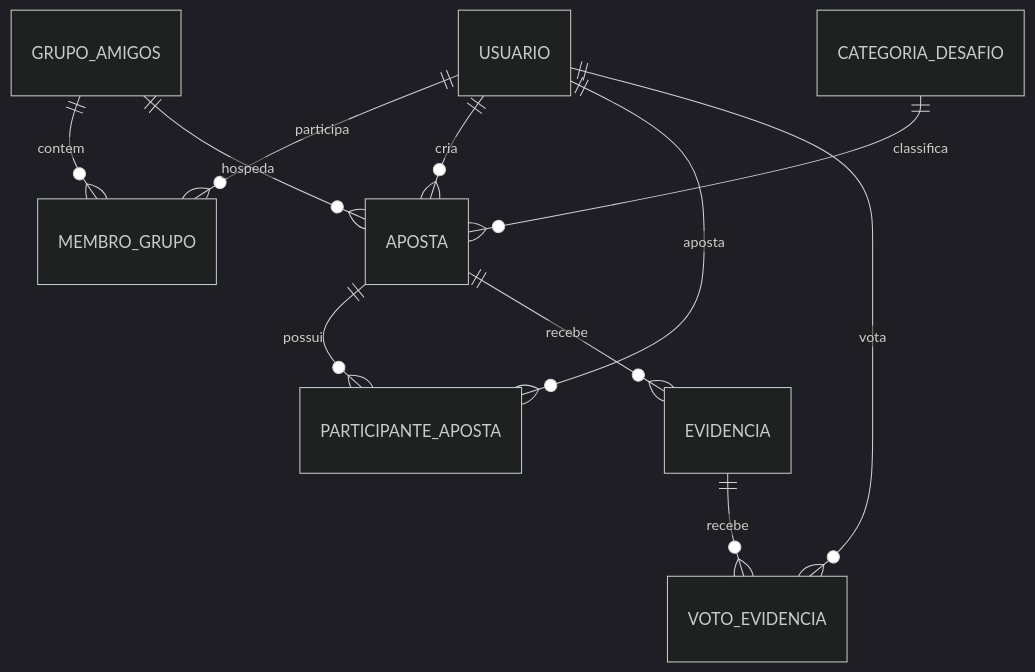
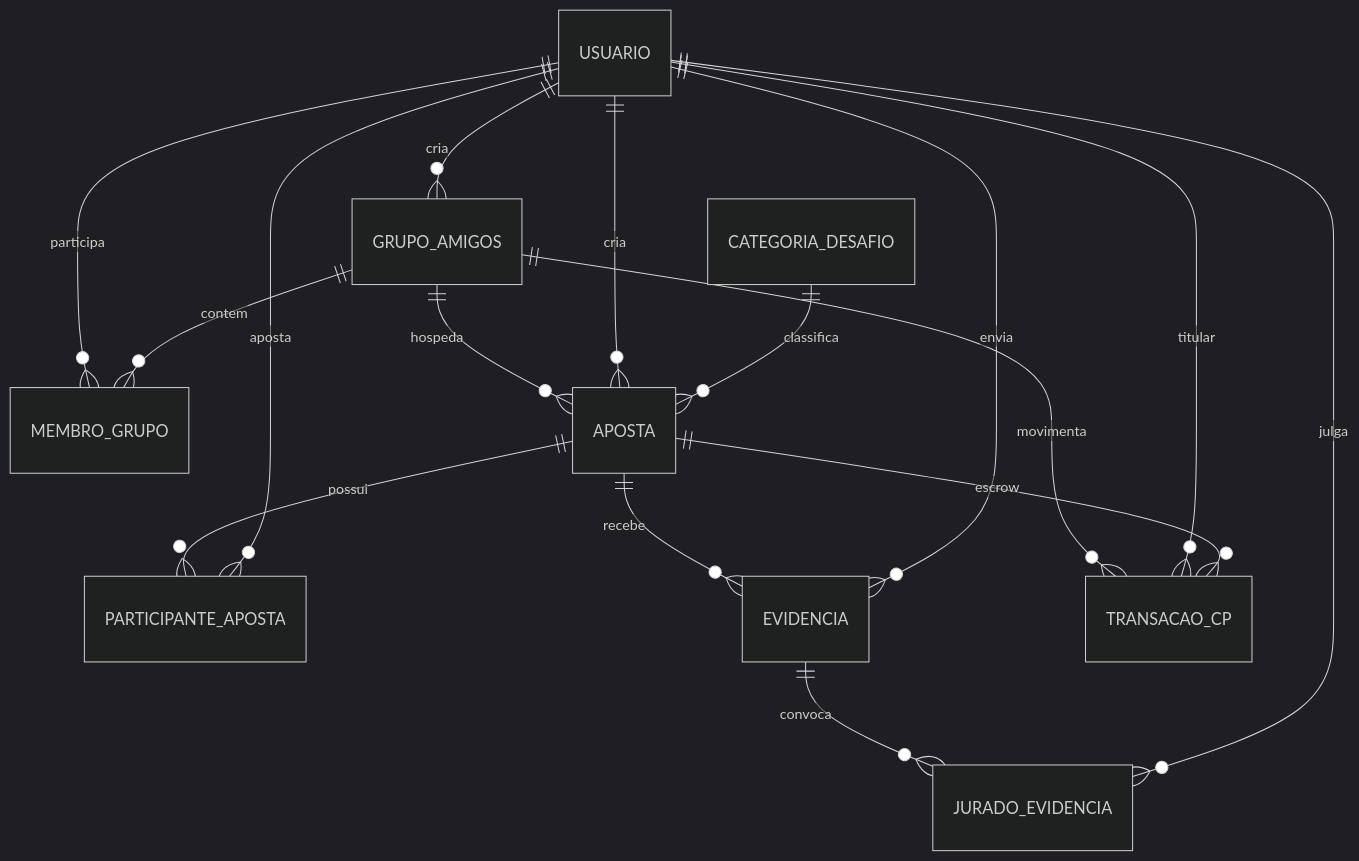
The diagram in docs/03-banco-de-dados/modelagem/10-der.md (SecreTavin/A3-banco-de-dados), drawn with Mermaid (dark theme) before and after one commit. The commit also changed other lines of this file and 4 other files, not shown here.

Commit message:
docs: simplifica modelagem para v3 (9 tabelas, jurado_evidencia)

````diff
--- a/docs/03-banco-de-dados/modelagem/10-der.md
+++ b/docs/03-banco-de-dados/modelagem/10-der.md
@@ -14,13 +8,21 @@
 ```mermaid
 erDiagram
     USUARIO ||--o{ MEMBRO_GRUPO : participa
     GRUPO_AMIGOS ||--o{ MEMBRO_GRUPO : contem
+    USUARIO ||--o{ GRUPO_AMIGOS : cria
+
     GRUPO_AMIGOS ||--o{ APOSTA : hospeda
     USUARIO ||--o{ APOSTA : cria
     CATEGORIA_DESAFIO ||--o{ APOSTA : classifica
     APOSTA ||--o{ PARTICIPANTE_APOSTA : possui
     USUARIO ||--o{ PARTICIPANTE_APOSTA : aposta
+
     APOSTA ||--o{ EVIDENCIA : recebe
-    EVIDENCIA ||--o{ VOTO_EVIDENCIA : recebe
-    USUARIO ||--o{ VOTO_EVIDENCIA : vota
+    USUARIO ||--o{ EVIDENCIA : envia
+    EVIDENCIA ||--o{ JURADO_EVIDENCIA : convoca
+    USUARIO ||--o{ JURADO_EVIDENCIA : julga
+
+    GRUPO_AMIGOS ||--o{ TRANSACAO_CP : movimenta
+    USUARIO ||--o{ TRANSACAO_CP : titular
+    APOSTA ||--o{ TRANSACAO_CP : escrow
 ```
````
